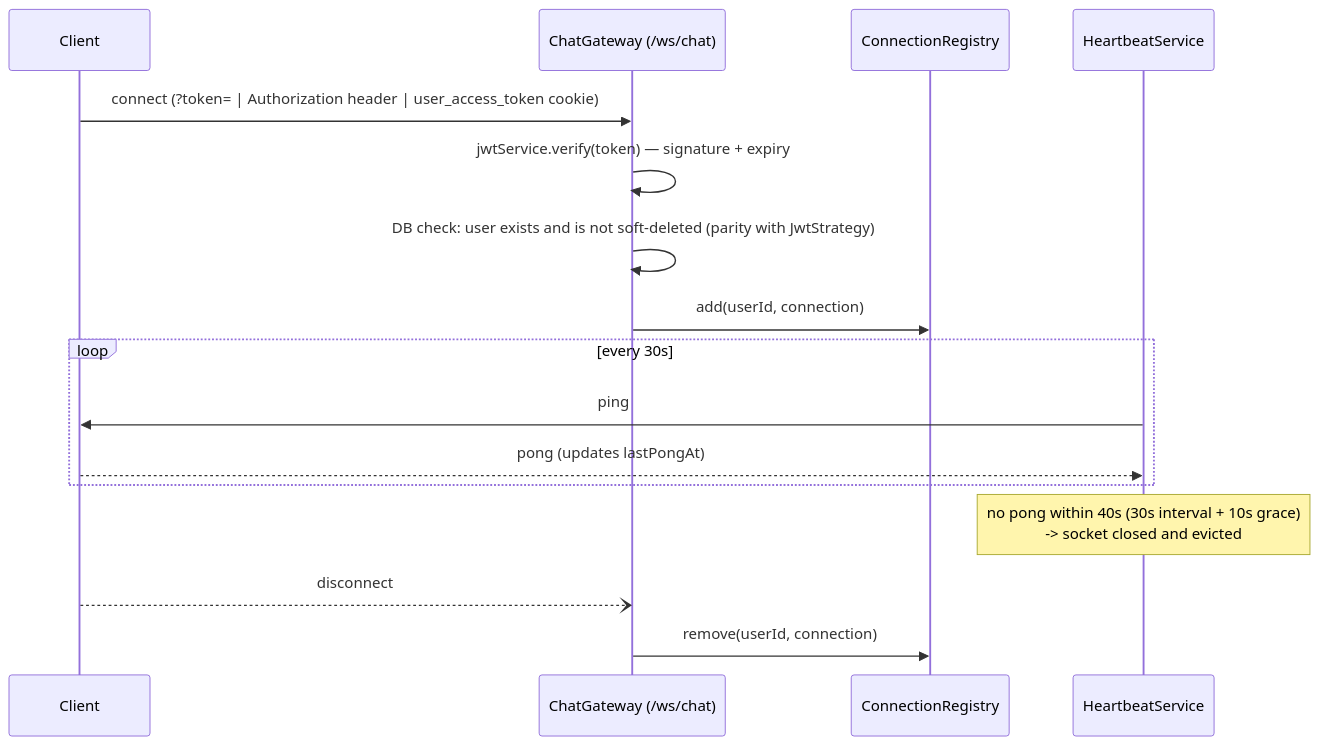
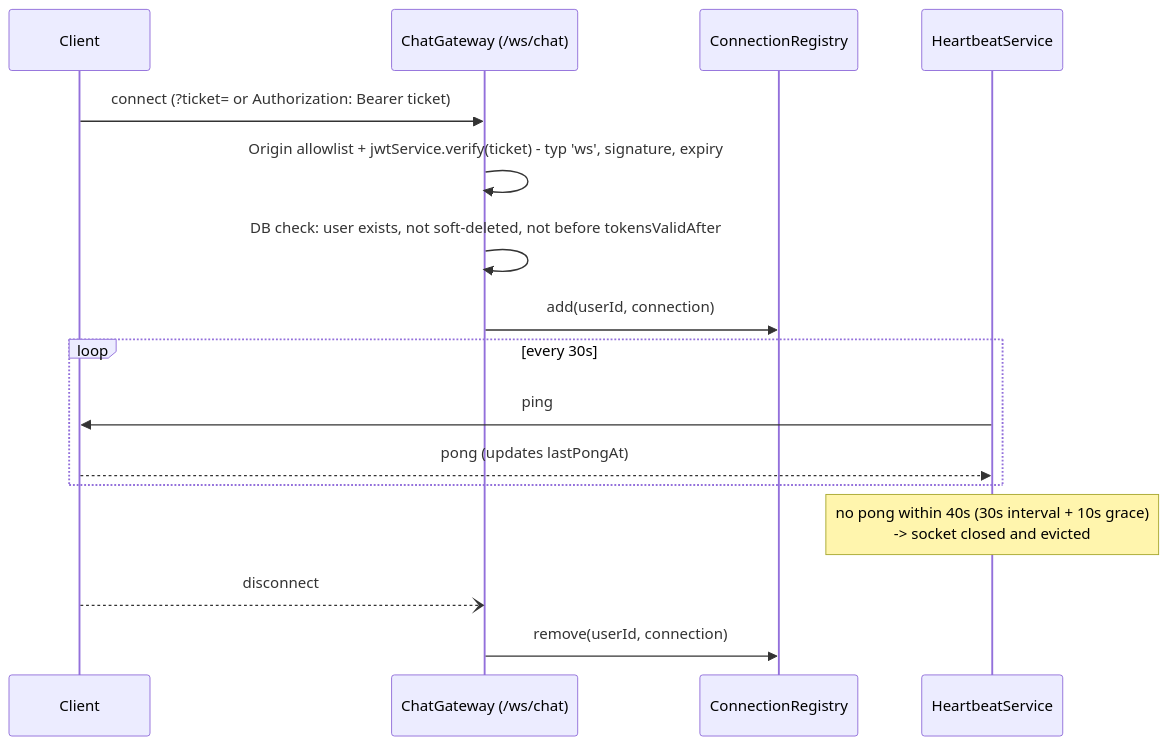
Before and after one commit to SovannrothEang/e-phsar-khmer: the third of 3 diagrams in apps/backend/src/chat/README.md, drawn with Mermaid. The commit also changed other lines of this file and 15 other files, not shown here.

````diff
--- a/apps/backend/src/chat/README.md
+++ b/apps/backend/src/chat/README.md
@@ -139,19 +139,19 @@
 ```mermaid
 sequenceDiagram
     participant Client
     participant WS as ChatGateway (/ws/chat)
     participant Reg as ConnectionRegistry
     participant HB as HeartbeatService
 
-    Client->>WS: connect (?token= | Authorization header | user_access_token cookie)
-    WS->>WS: jwtService.verify(token) — signature + expiry
-    WS->>WS: DB check: user exists and is not soft-deleted (parity with JwtStrategy)
+    Client->>WS: connect (?ticket= or Authorization: Bearer ticket)
+    WS->>WS: Origin allowlist + jwtService.verify(ticket) - typ 'ws', signature, expiry
+    WS->>WS: DB check: user exists, not soft-deleted, not before tokensValidAfter
     WS->>Reg: add(userId, connection)
     loop every 30s
         HB->>Client: ping
         Client-->>HB: pong (updates lastPongAt)
     end
     Note over HB: no pong within 40s (30s interval + 10s grace)<br/>-> socket closed and evicted
     Client--)WS: disconnect
     WS->>Reg: remove(userId, connection)
 ```
````
